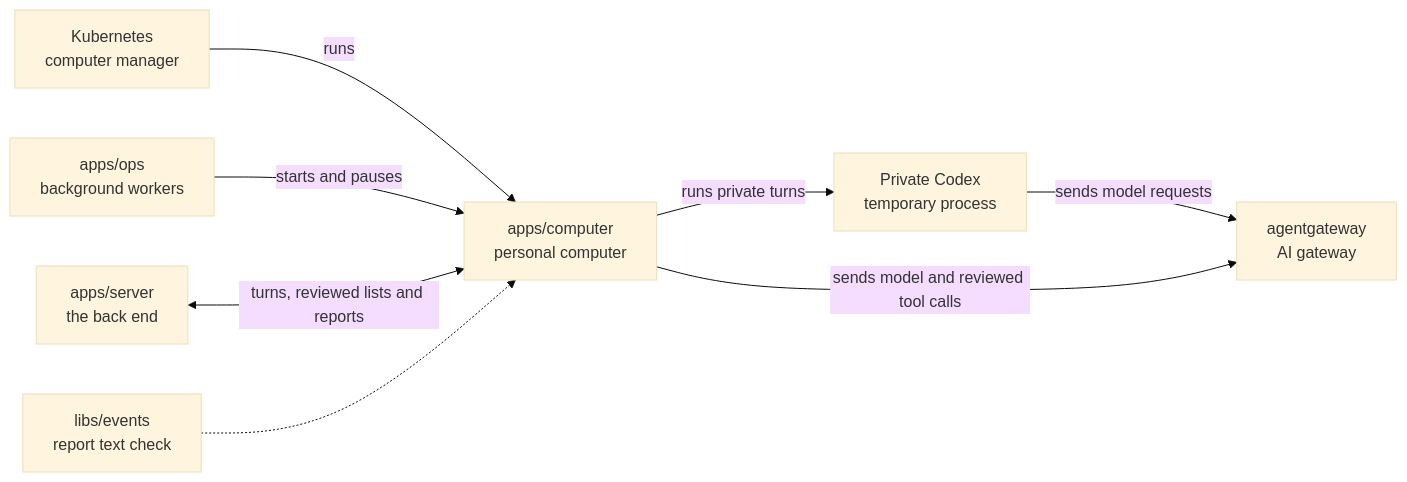
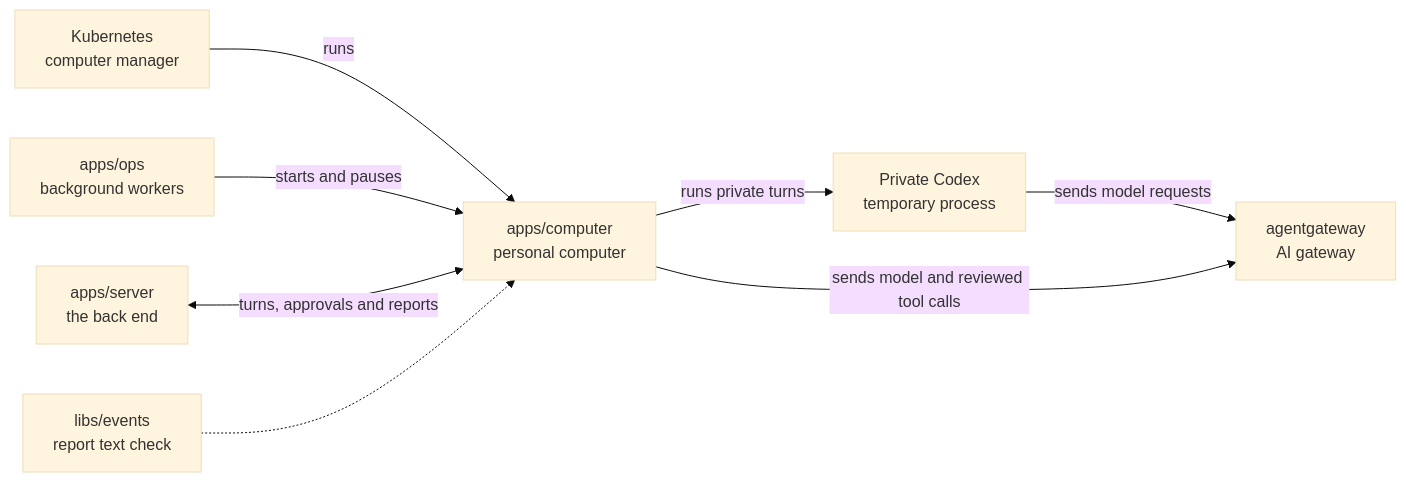
The diagram in apps/computer/README.md (elewa-git/opencrane-new), drawn with Mermaid (base theme) before and after one commit. The commit also changed other lines of this file and 28 other files, not shown here.

````diff
--- a/apps/computer/README.md
+++ b/apps/computer/README.md
@@ -15,10 +15,10 @@
 ```mermaid
 flowchart LR
   kube["Kubernetes<br/>computer manager"] -->|runs| computer["apps/computer<br/>personal computer"]
   ops["apps/ops<br/>background workers"] -->|starts and pauses| computer
-  server["apps/server<br/>the back end"] <-->|turns, reviewed lists and reports| computer
+  server["apps/server<br/>the back end"] <-->|turns, approvals and reports| computer
   events["libs/events<br/>report text check"] -.-> computer
   computer -->|runs private turns| private["Private Codex<br/>temporary process"]
   private -->|sends model requests| gateway
   computer -->|sends model and reviewed tool calls| gateway["agentgateway<br/>AI gateway"]
 ```
````
